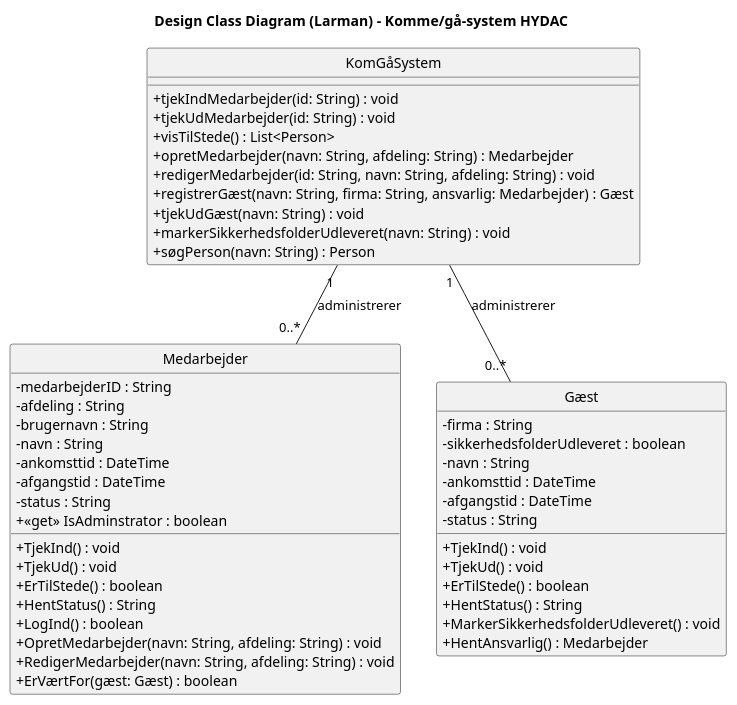
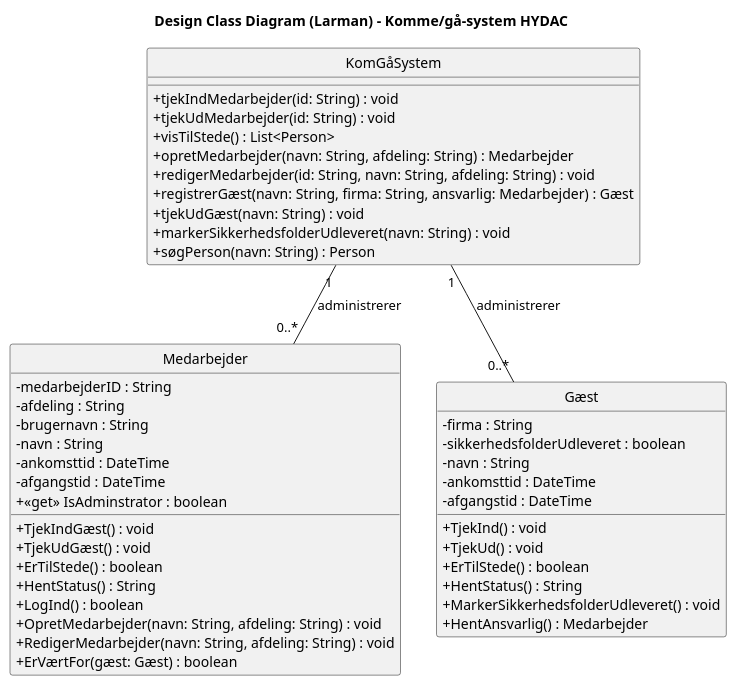
Before and after one commit to albla20/HydacTeamA4: the diagram in Artifacts/Designklassediagram.puml, drawn with PlantUML. The commit also changed 1 other file, not shown here.

Commit message:
fjernet status fra fields

```diff
--- a/Artifacts/Designklassediagram.puml
+++ b/Artifacts/Designklassediagram.puml
@@ -1,62 +1,56 @@
 @startuml Designklassediagram
 title Design Class Diagram (Larman) - Komme/gå-system HYDAC
 
 hide circle
 skinparam classAttributeIconSize 0
 hide emptymembers
 
 class KomGåSystem {
   + tjekIndMedarbejder(id: String) : void
   + tjekUdMedarbejder(id: String) : void
   + visTilStede() : List<Person>
   + opretMedarbejder(navn: String, afdeling: String) : Medarbejder
   + redigerMedarbejder(id: String, navn: String, afdeling: String) : void
   + registrerGæst(navn: String, firma: String, ansvarlig: Medarbejder) : Gæst
   + tjekUdGæst(navn: String) : void
   + markerSikkerhedsfolderUdleveret(navn: String) : void
   + søgPerson(navn: String) : Person
 }
 
 class Medarbejder {
   - medarbejderID : String
   - afdeling : String
   - brugernavn : String
   - navn : String
   - ankomsttid : DateTime
   - afgangstid : DateTime
-  - status : String
   + <<get>> IsAdminstrator : boolean
-  + TjekInd() : void
-  + TjekUd() : void
+  + TjekIndGæst() : void
+  + TjekUdGæst() : void
   + ErTilStede() : boolean
   + HentStatus() : String
   + LogInd() : boolean
   + OpretMedarbejder(navn: String, afdeling: String) : void
   + RedigerMedarbejder(navn: String, afdeling: String) : void
   + ErVærtFor(gæst: Gæst) : boolean
 }
 
 class Gæst {
   - firma : String
   - sikkerhedsfolderUdleveret : boolean
   - navn : String
   - ankomsttid : DateTime
   - afgangstid : DateTime
-  - status : String
   + TjekInd() : void
   + TjekUd() : void
   + ErTilStede() : boolean
   + HentStatus() : String
   + MarkerSikkerhedsfolderUdleveret() : void
   + HentAnsvarlig() : Medarbejder
 }
 
 
 KomGåSystem "1" -- "0..*" Medarbejder : administrerer 
 KomGåSystem "1" -- "0..*" Gæst : administrerer 
 
-
-
-
-
 @enduml
```
